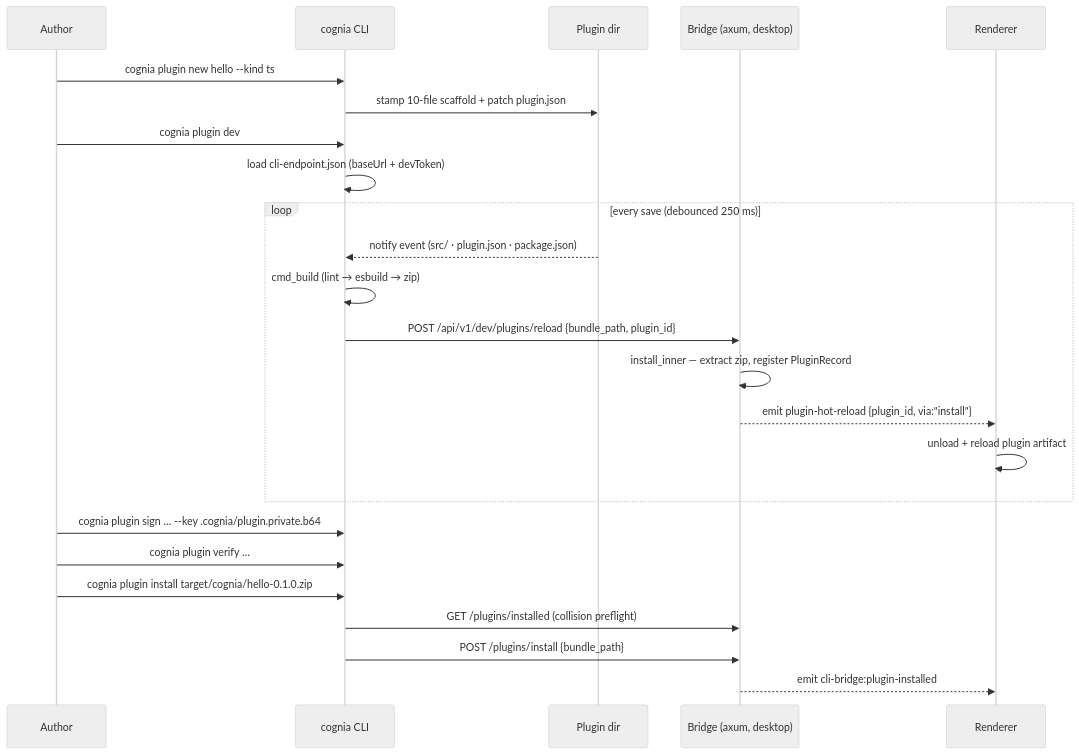
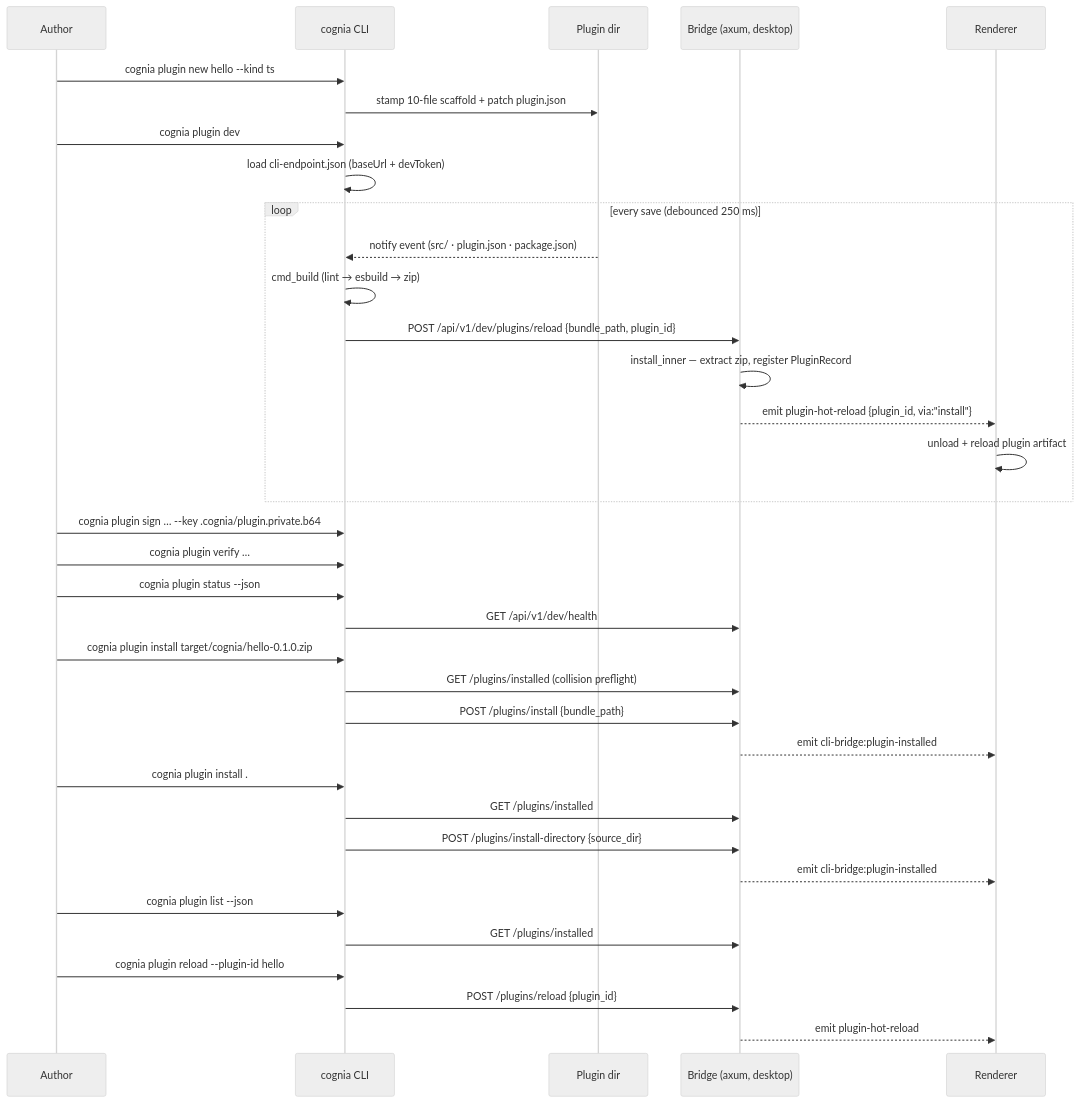
One commit to MaxQian888/cognia-next changed the second of 2 diagrams in docs/content/docs/en/subsystems/cognia-cli/index.mdx. Above: the diagram before and after it, drawn with Mermaid (neutral theme). The commit also changed other lines of this file and 17 other files, not shown here.

````diff
--- a/docs/content/docs/en/subsystems/cognia-cli/index.mdx
+++ b/docs/content/docs/en/subsystems/cognia-cli/index.mdx
@@ -132,27 +142,38 @@
 ```mermaid
 sequenceDiagram
   participant A as Author
   participant C as cognia CLI
   participant FS as Plugin dir
   participant B as Bridge (axum, desktop)
   participant R as Renderer
 
   A->>C: cognia plugin new hello --kind ts
   C->>FS: stamp 10-file scaffold + patch plugin.json
   A->>C: cognia plugin dev
   C->>C: load cli-endpoint.json (baseUrl + devToken)
   loop every save (debounced 250 ms)
     FS-->>C: notify event (src/ · plugin.json · package.json)
     C->>C: cmd_build (lint → esbuild → zip)
     C->>B: POST /api/v1/dev/plugins/reload {bundle_path, plugin_id}
     B->>B: install_inner — extract zip, register PluginRecord
     B-->>R: emit plugin-hot-reload {plugin_id, via:"install"}
     R->>R: unload + reload plugin artifact
   end
   A->>C: cognia plugin sign … --key .cognia/plugin.private.b64
   A->>C: cognia plugin verify …
+  A->>C: cognia plugin status --json
+  C->>B: GET /api/v1/dev/health
   A->>C: cognia plugin install target/cognia/hello-0.1.0.zip
   C->>B: GET /plugins/installed (collision preflight)
   C->>B: POST /plugins/install {bundle_path}
   B-->>R: emit cli-bridge:plugin-installed
+  A->>C: cognia plugin install .
+  C->>B: GET /plugins/installed
+  C->>B: POST /plugins/install-directory {source_dir}
+  B-->>R: emit cli-bridge:plugin-installed
+  A->>C: cognia plugin list --json
+  C->>B: GET /plugins/installed
+  A->>C: cognia plugin reload --plugin-id hello
+  C->>B: POST /plugins/reload {plugin_id}
+  B-->>R: emit plugin-hot-reload
 ```
````
